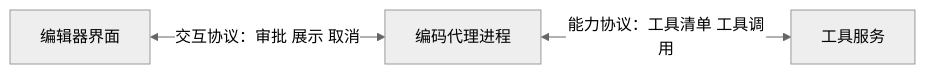
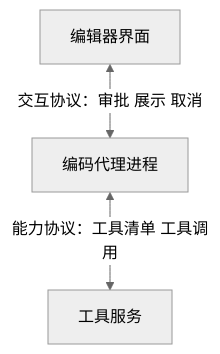
Before and after one commit to hub138/technical-knowledge: the first of 3 diagrams in vault/工程知识/AI 系统工程：从模型能力到生产能力/生态与选型/编辑器与编码代理的通信通道：能力协商与连接归属.md, drawn with Mermaid (neutral theme). The commit also changed other lines of this file and 622 other files, not shown here.

````diff
--- a/vault/工程知识/AI 系统工程：从模型能力到生产能力/生态与选型/编辑器与编码代理的通信通道：能力协商与连接归属.md
+++ b/vault/工程知识/AI 系统工程：从模型能力到生产能力/生态与选型/编辑器与编码代理的通信通道：能力协商与连接归属.md
@@ -34,5 +35,5 @@
 ```mermaid
-flowchart LR
+flowchart TB
   E[编辑器界面] <-->|交互协议：审批 展示 取消| A[编码代理进程]
   A <-->|能力协议：工具清单 工具调用| M[工具服务]
 ```
````
